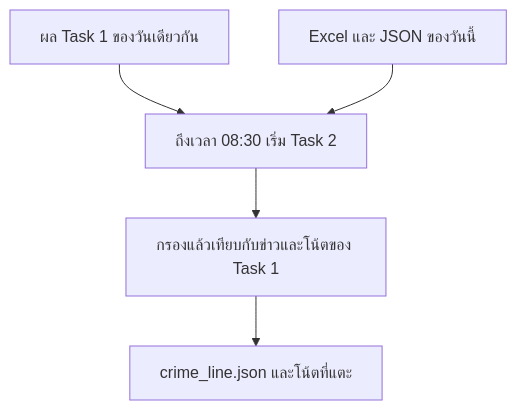
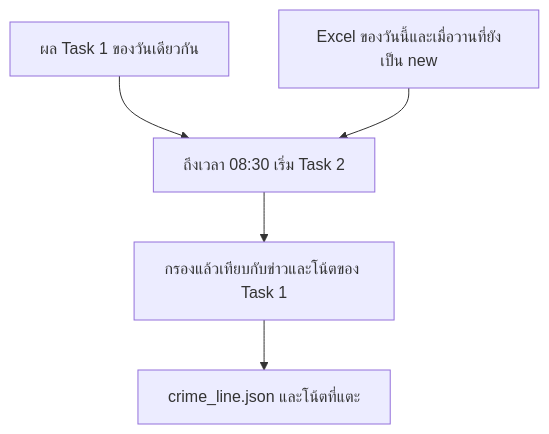
One commit to chiraleo2000/Police-news-intel-kit changed diagram 11 of 13 in structure.md. Above: the diagram before and after it, drawn with Mermaid. The commit also changed other lines of this file and 9 other files, not shown here.

````diff
--- a/structure.md
+++ b/structure.md
@@ -415,7 +442,7 @@
 ```mermaid
 flowchart TD
   T1[ผล Task 1 ของวันเดียวกัน] --> T2[ถึงเวลา 08:30 เริ่ม Task 2]
-  XL[Excel และ JSON ของวันนี้] --> T2
+  XL[Excel ของวันนี้และเมื่อวานที่ยังเป็น new] --> T2
   T2 --> F[กรองแล้วเทียบกับข่าวและโน้ตของ Task 1]
   F --> OUT[crime_line.json และโน้ตที่แตะ]
 ```
````
